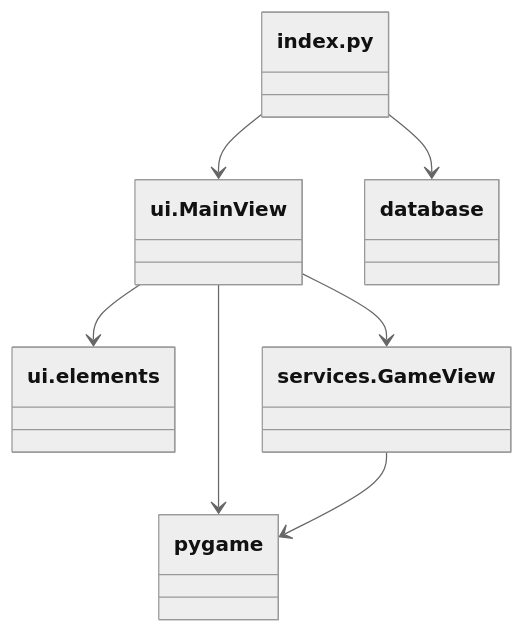
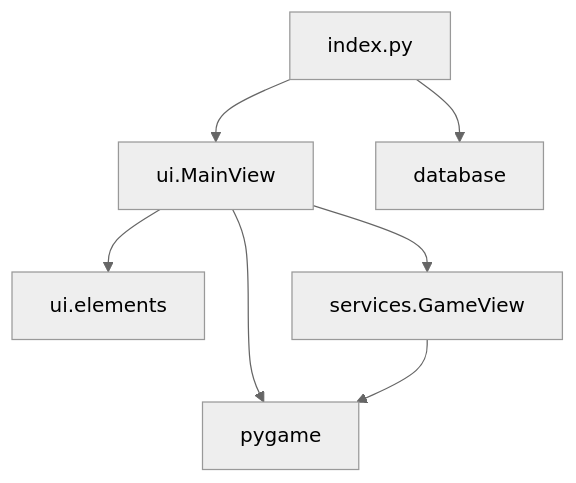
The diagram in rhythm-game/dokumentaatio/kuvat/uml-kaavio.md (koenol/ot-harjoitustyo), drawn with Mermaid (neutral theme) before and after one commit.

````diff
--- a/rhythm-game/dokumentaatio/kuvat/uml-kaavio.md
+++ b/rhythm-game/dokumentaatio/kuvat/uml-kaavio.md
@@ -1,9 +1,9 @@
 ```mermaid
-classDiagram
-    index.py --> ui.MainView
-    index.py --> database
-    ui.MainView --> pygame
-    ui.MainView --> ui.elements
-    ui.MainView --> services.GameView
-    services.GameView --> pygame
+graph TD;
+    index.py --> ui.MainView;
+    index.py --> database;
+    ui.MainView --> pygame;
+    ui.MainView --> ui.elements;
+    ui.MainView --> services.GameView;
+    services.GameView --> pygame;
 ```
````
